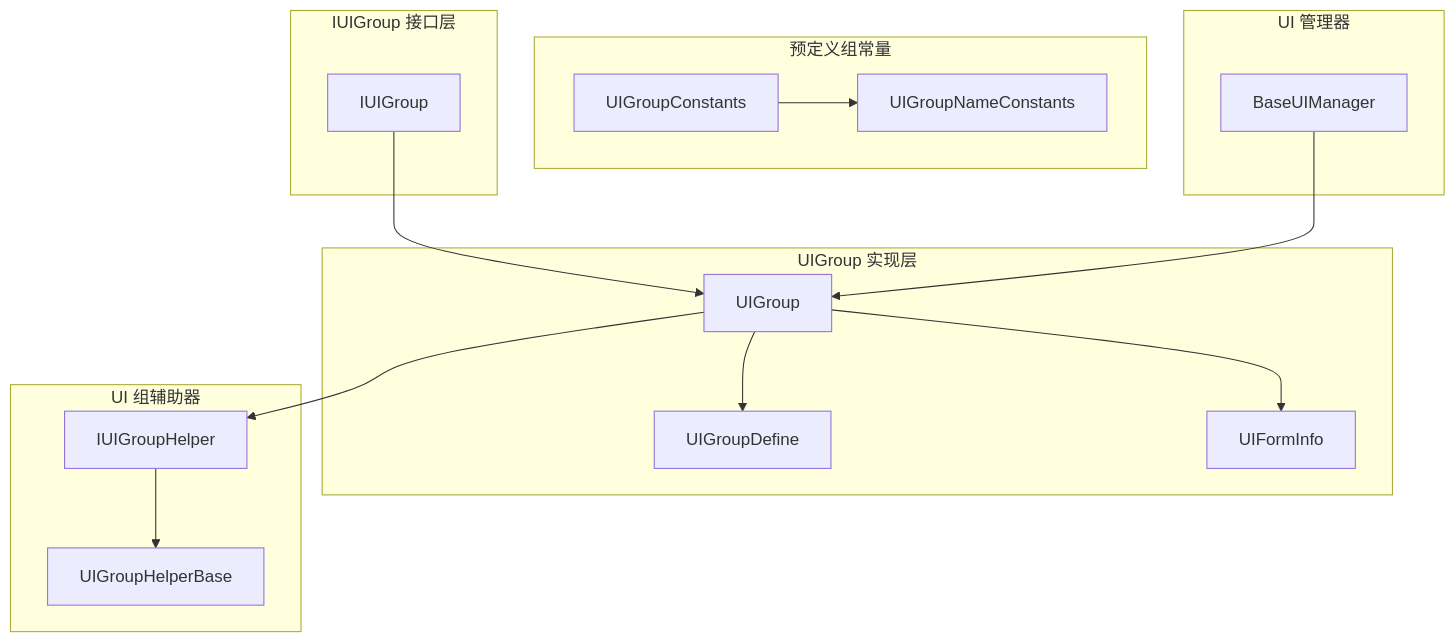
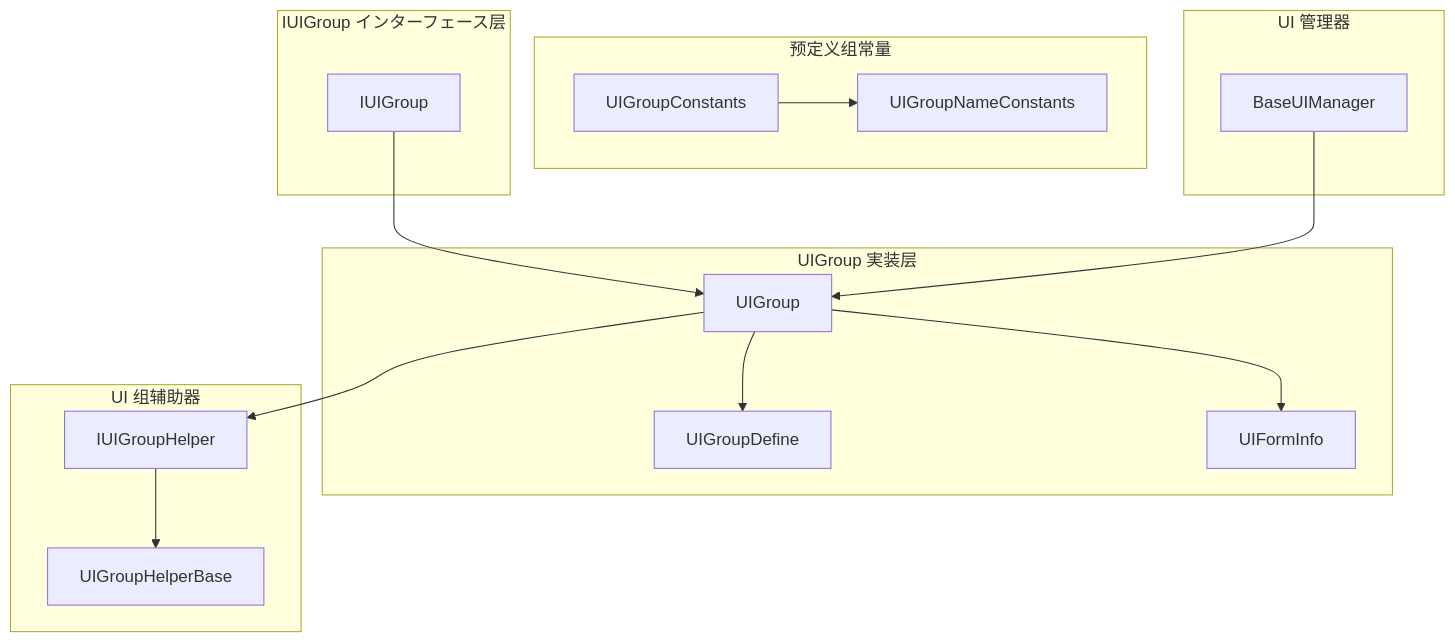
One commit to AlianBlank/GameFrameX.Docs changed the first of 3 diagrams in docs/ja/client/unity/component/ui/10.ui-group-hierarchy.md. Above: the diagram before and after it, drawn with Mermaid. The commit also changed other lines of this file and 603 other files, not shown here.

````diff
--- a/docs/ja/client/unity/component/ui/10.ui-group-hierarchy.md
+++ b/docs/ja/client/unity/component/ui/10.ui-group-hierarchy.md
@@ -27,34 +27,34 @@
 ```mermaid
 graph TD
-    subgraph IUIGroup["IUIGroup 接口层"]
+    subgraph IUIGroup["IUIGroup インターフェース层"]
         Interface[IUIGroup]
     end
 
-    subgraph UIGroupImpl["UIGroup 实现层"]
+    subgraph UIGroupImpl["UIGroup 実装层"]
         Impl[UIGroup]
         Define[UIGroupDefine]
         Info[UIFormInfo]
     end
 
     subgraph UIGroupHelper["UI 组辅助器"]
         HelperInt[IUIGroupHelper]
         HelperBase[UIGroupHelperBase]
     end
 
     subgraph PredefinedGroups["预定义组常量"]
         Constants[UIGroupConstants]
         Names[UIGroupNameConstants]
     end
 
     subgraph IUIManager["UI 管理器"]
         Manager[BaseUIManager]
     end
 
     Interface --> Impl
     Impl --> Define
     Impl --> Info
     Impl --> HelperInt
     HelperInt --> HelperBase
     Manager --> Impl
     Constants --> Names
 ```
````
